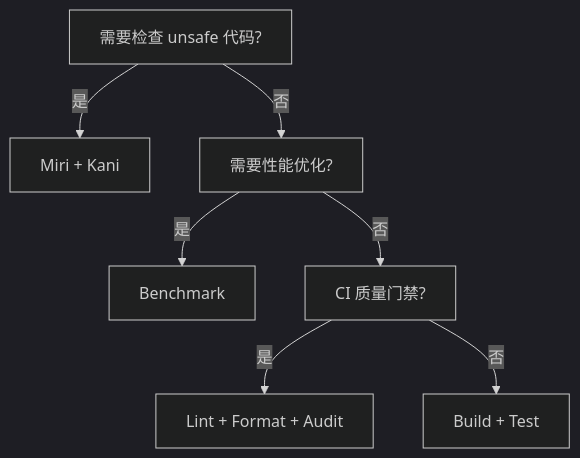
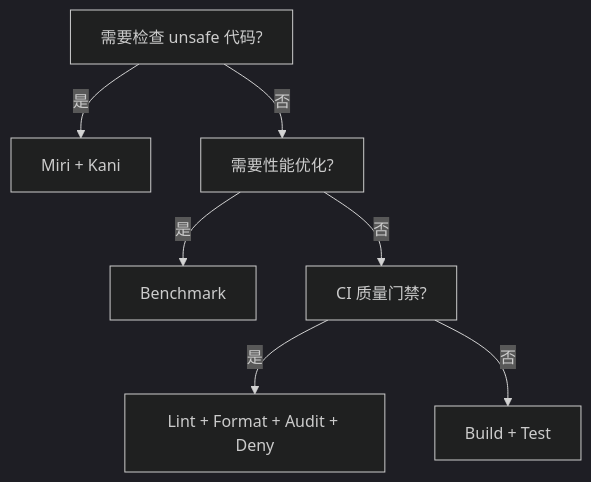
The third of 3 diagrams in concept/06_ecosystem/01_toolchain.md (martin-ly/rust-lang), drawn with Mermaid (dark theme) before and after one commit. The commit also changed other lines of this file and 43 other files, not shown here.

````diff
--- a/concept/06_ecosystem/01_toolchain.md
+++ b/concept/06_ecosystem/01_toolchain.md
@@ -83,14 +472,14 @@
 ```mermaid
 graph TD
     Q1[需要检查 unsafe 代码?] -->|是| A1[Miri + Kani]
     Q1 -->|否| Q2[需要性能优化?]
     Q2 -->|是| A2[cargo bench + perf]
     Q2 -->|否| Q3[CI 质量门禁?]
-    Q3 -->|是| A3[Clippy + rustfmt + audit]
+    Q3 -->|是| A3[Clippy + rustfmt + audit + deny]
     Q3 -->|否| A4[cargo build + test]
 
     A1[Miri + Kani]
     A2[Benchmark]
-    A3[Lint + Format + Audit]
+    A3[Lint + Format + Audit + Deny]
     A4[Build + Test]
 ```
````
